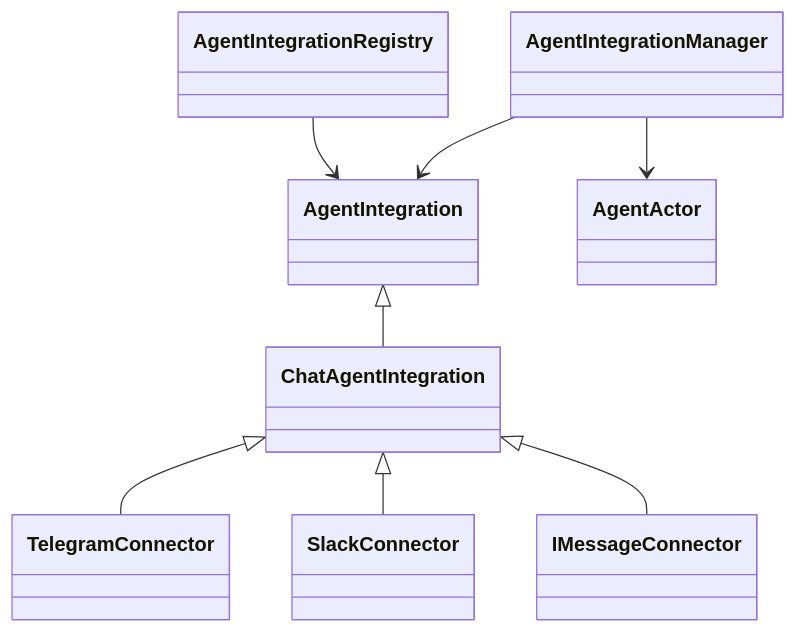
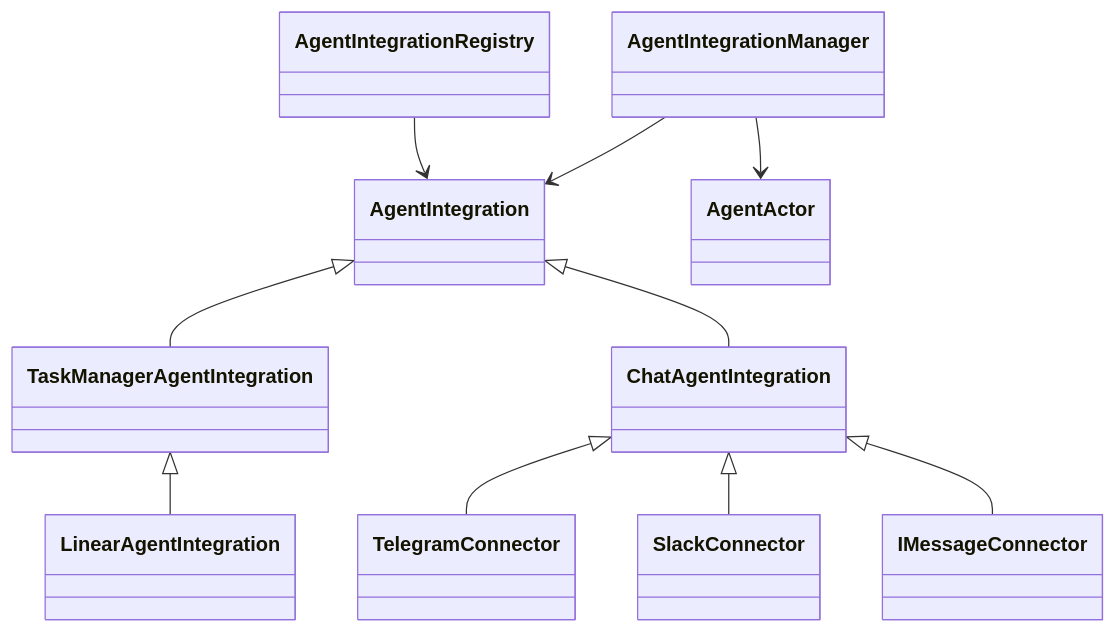
Before and after one commit to SkillfulAgents/SuperAgent: the diagram in docs/agent-integrations.md, drawn with Mermaid. The commit also changed other lines of this file and 82 other files, not shown here.

Commit message:
Unify integration management, UI registration, and agent discovery

````diff
--- a/docs/agent-integrations.md
+++ b/docs/agent-integrations.md
@@ -5,10 +5,12 @@
 ```mermaid
 classDiagram
+    AgentIntegration <|-- TaskManagerAgentIntegration
+    TaskManagerAgentIntegration <|-- LinearAgentIntegration
     AgentIntegration <|-- ChatAgentIntegration
     ChatAgentIntegration <|-- TelegramConnector
     ChatAgentIntegration <|-- SlackConnector
     ChatAgentIntegration <|-- IMessageConnector
     AgentIntegrationManager --> AgentIntegration
     AgentIntegrationManager --> AgentActor
     AgentIntegrationRegistry --> AgentIntegration
 ```
````
